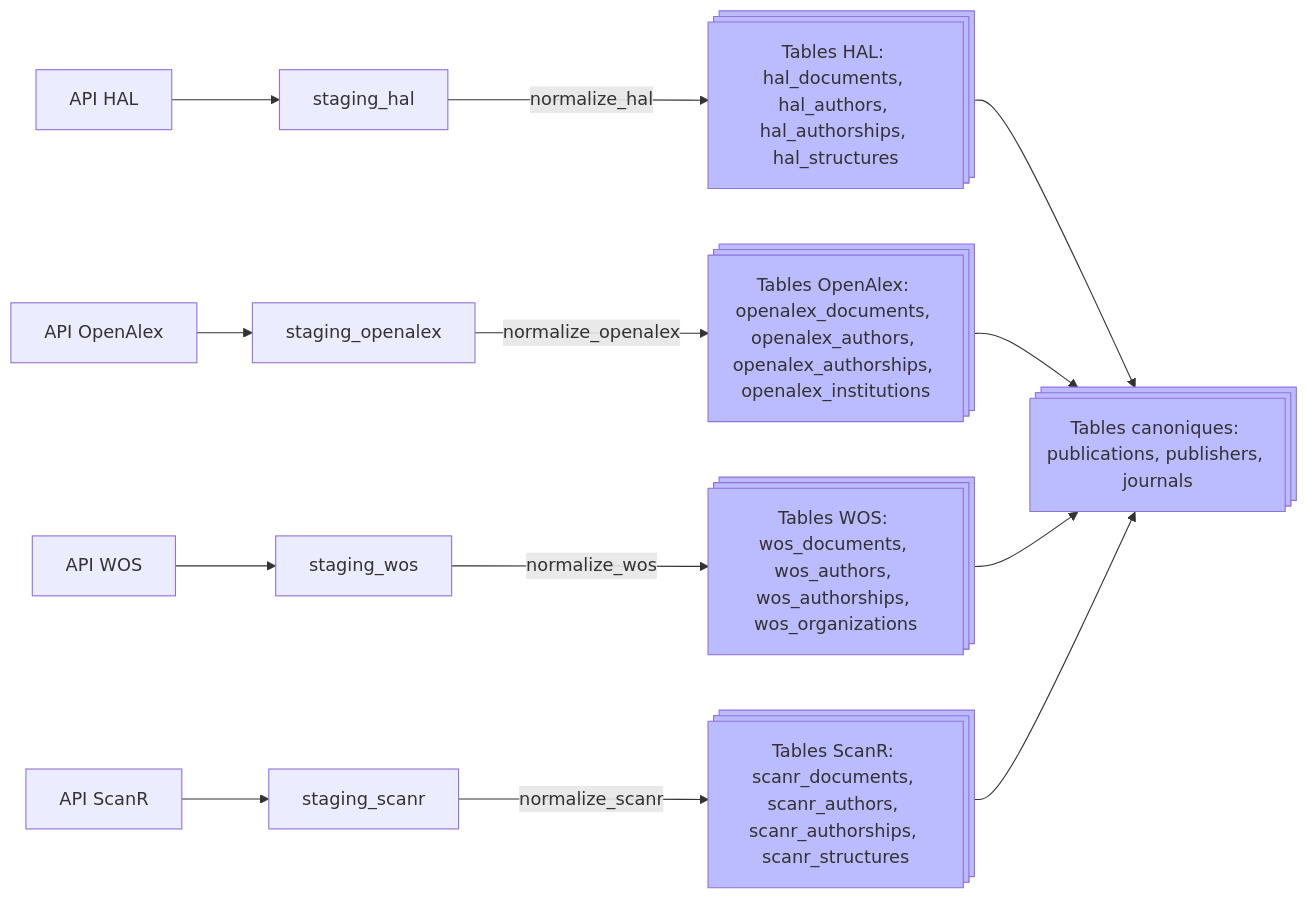
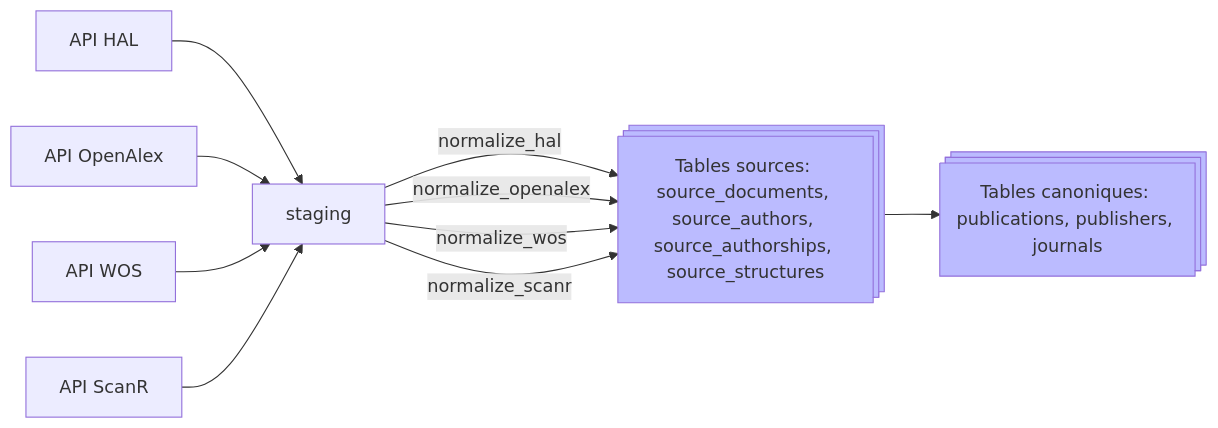
One commit to Y33sha/bibliometrie-uca changed the second of 9 diagrams in docs/pipeline.md. Above: the diagram before and after it, drawn with Mermaid. The commit also changed other lines of this file and 26 other files, not shown here.

First line of the commit message:
Fusion des 4 tables *_authors en source_authors

````diff
--- a/docs/pipeline.md
+++ b/docs/pipeline.md
@@ -95,18 +96,12 @@
 ```mermaid
 flowchart LR
-    A[API HAL]-->B[staging_hal]-->|normalize_hal|G@{ shape: processes, label: "Tables HAL: 
-    hal_documents, hal_authors, hal_authorships, hal_structures" }
-    C[API OpenAlex]-->D[staging_openalex]-->|normalize_openalex|H@{ shape: processes, label: "Tables OpenAlex: 
-    openalex_documents, openalex_authors, openalex_authorships, openalex_institutions" }
-    E[API WOS]-->F[staging_wos]-->|normalize_wos|I@{ shape: processes, label: "Tables WOS: 
-    wos_documents, wos_authors, wos_authorships, wos_organizations" }
-    K[API ScanR]-->L[staging_scanr]-->|normalize_scanr|M@{ shape: processes, label: "Tables ScanR: 
-    scanr_documents, scanr_authors, scanr_authorships, scanr_structures" }
+    A[API HAL]-->B[staging]-->|normalize_hal|G@{ shape: processes, label: "Tables sources: 
+    source_documents, source_authors, source_authorships, source_structures" }
+    C[API OpenAlex]-->B-->|normalize_openalex|G
+    E[API WOS]-->B-->|normalize_wos|G
+    K[API ScanR]-->B-->|normalize_scanr|G
     G-->J@{ shape: processes, label: "Tables canoniques: 
     publications, publishers, journals" }
-    H-->J
-    I-->J
-    M-->J
     classDef new  fill:#bbf
-    class G,H,I,J,M new;
+    class G,J new;
 ```
````
